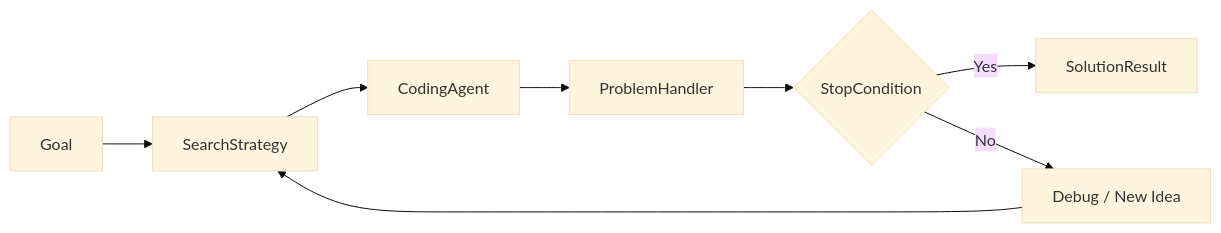
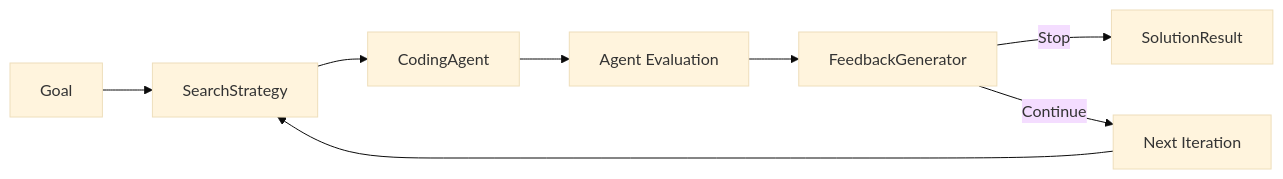
The first of 2 diagrams in docs/evolve/execution-flow.mdx (Leeroo-AI/kapso), drawn with Mermaid (base theme) before and after one commit. The commit also changed other lines of this file and 16 other files, not shown here.

````diff
--- a/docs/evolve/execution-flow.mdx
+++ b/docs/evolve/execution-flow.mdx
@@ -10,10 +10,10 @@
 ```mermaid
 flowchart LR
     A[Goal] --> B[SearchStrategy]
     B --> C[CodingAgent]
-    C --> D[ProblemHandler]
-    D --> E{StopCondition}
-    E -->|Yes| G[SolutionResult]
-    E -->|No| F[Debug / New Idea]
+    C --> D[Agent Evaluation]
+    D --> E[FeedbackGenerator]
+    E -->|Stop| G[SolutionResult]
+    E -->|Continue| F[Next Iteration]
     F --> B
 ```
````
